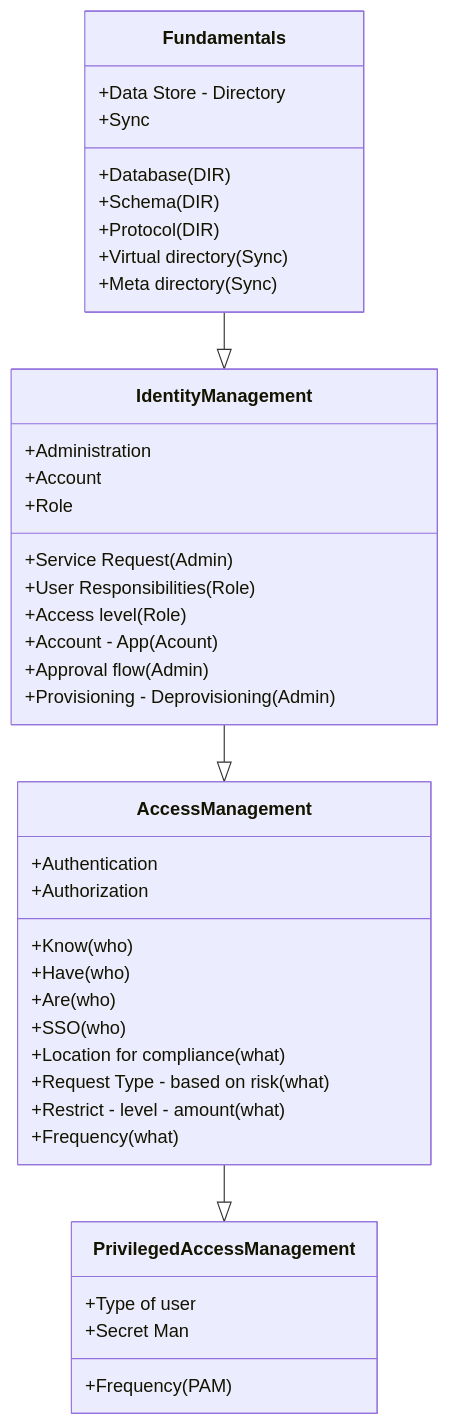
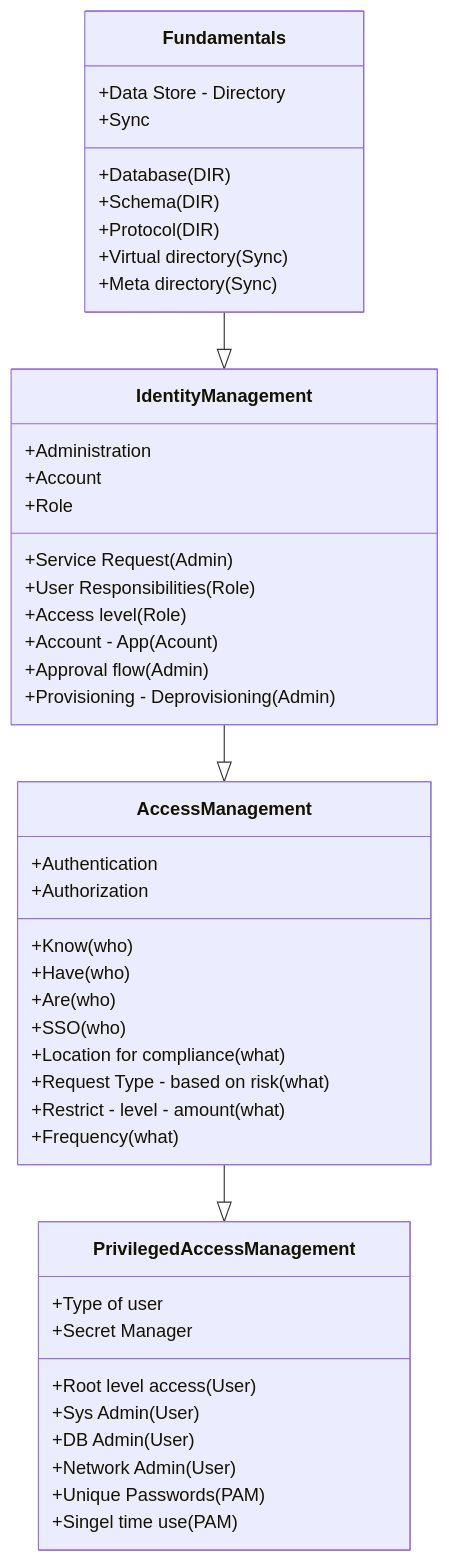
The diagram in IAM101.md (ilyesedina/Project-handbook), drawn with Mermaid before and after one commit.

````diff
--- a/IAM101.md
+++ b/IAM101.md
@@ -7,42 +7,47 @@
 ```mermaid
 classDiagram
     class Fundamentals
     Fundamentals : +Data Store - Directory
     Fundamentals : +Database(DIR)
     Fundamentals : +Schema(DIR)
     Fundamentals : +Protocol(DIR)
     Fundamentals : +Sync
     Fundamentals : +Virtual directory (Sync)
     Fundamentals : +Meta directory (Sync)
     Fundamentals --|> IdentityManagement
 
     class IdentityManagement
     IdentityManagement : +Administration 
     IdentityManagement : +Account 
     IdentityManagement : +Role
     IdentityManagement : +Service Request (Admin)
     IdentityManagement : +User Responsibilities (Role)
     IdentityManagement : +Access level (Role)
     IdentityManagement : +Account - App (Acount)
     IdentityManagement : +Approval flow (Admin)
     IdentityManagement : +Provisioning - Deprovisioning (Admin)
     IdentityManagement --|> AccessManagement
 
     Class AccessManagement
     AccessManagement : +Authentication 
     AccessManagement : +Authorization 
     AccessManagement : +Know (who)
     AccessManagement : +Have (who)
     AccessManagement : +Are (who)
     AccessManagement : +SSO (who)
     AccessManagement : +Location for compliance (what)
     AccessManagement : +Request Type - based on risk (what)
     AccessManagement : +Restrict - level - amount (what)
     AccessManagement : +Frequency (what)
     AccessManagement --|> PrivilegedAccessManagement
 
     Class PrivilegedAccessManagement 
     PrivilegedAccessManagement : +Type of user 
-    PrivilegedAccessManagement : +Secret Man
-    PrivilegedAccessManagement : +Frequency  (PAM)
+    PrivilegedAccessManagement : +Secret Manager
+    PrivilegedAccessManagement : +Root level access (User)
+    PrivilegedAccessManagement : +Sys Admin (User)
+    PrivilegedAccessManagement : +DB Admin (User)
+    PrivilegedAccessManagement : +Network Admin (User)
+    PrivilegedAccessManagement : +Unique Passwords (PAM)
+    PrivilegedAccessManagement : +Singel time use (PAM)
 ```
````
